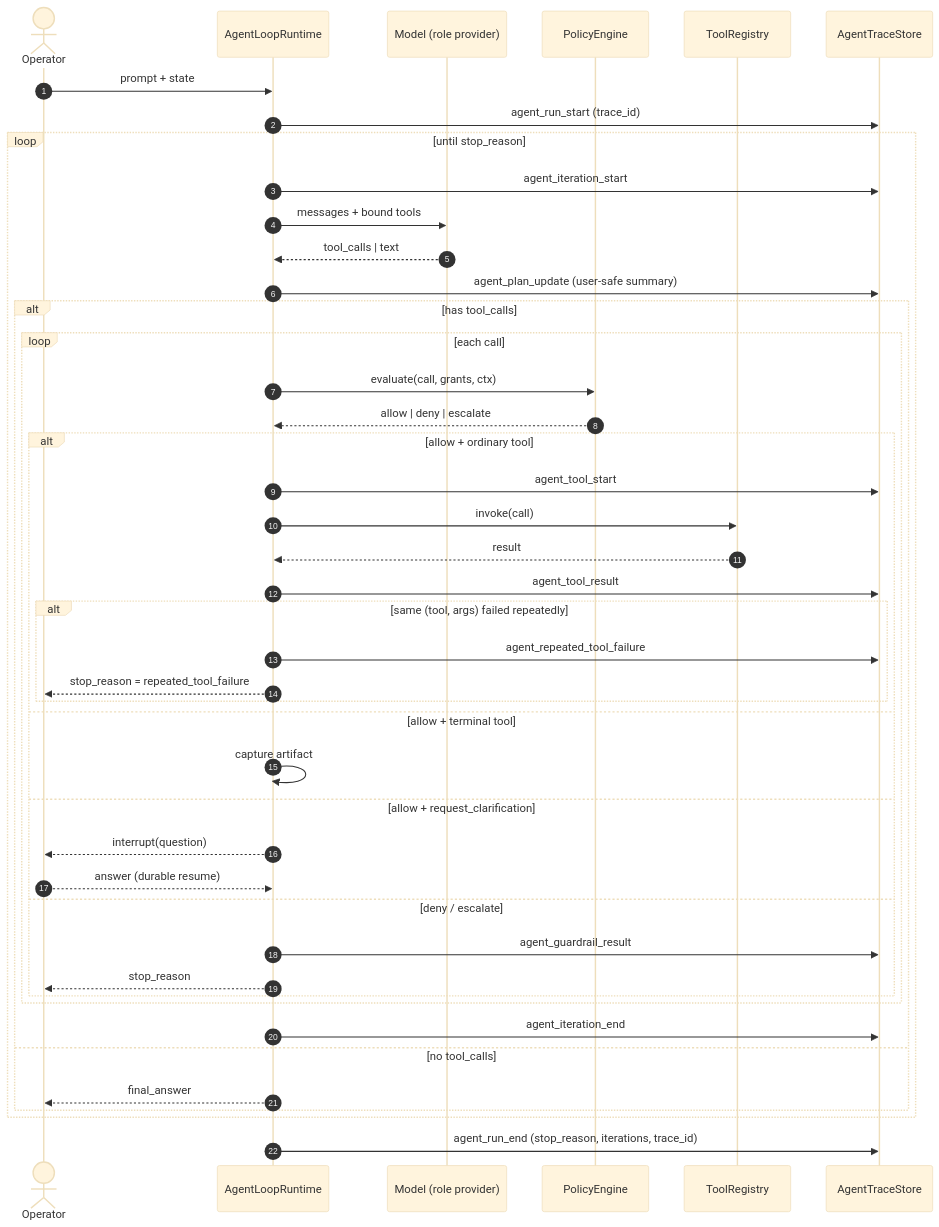
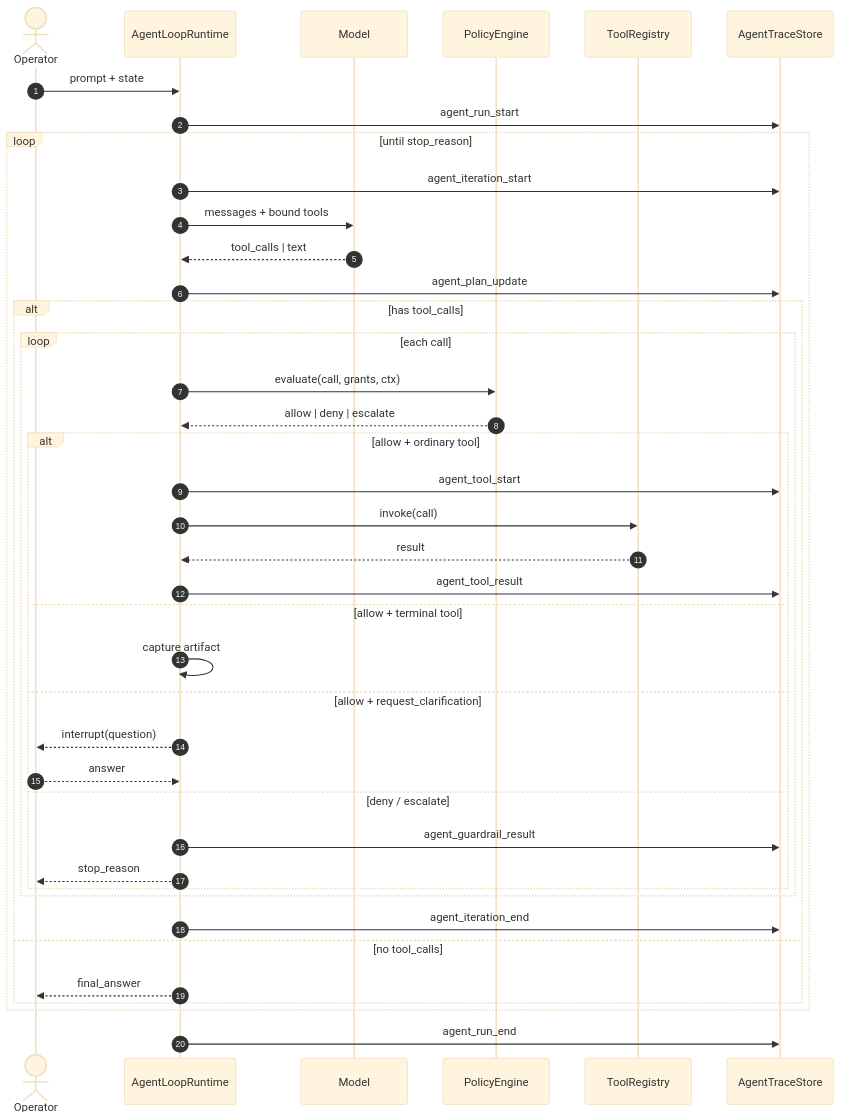
Before and after one commit to vardan6/uxv-agent: the fourth of 8 diagrams in docs/components/ai-agent/internals/graph-spec.md, drawn with Mermaid (base theme). The commit also changed other lines of this file and 34 other files, not shown here.

````diff
--- a/docs/components/ai-agent/internals/graph-spec.md
+++ b/docs/components/ai-agent/internals/graph-spec.md
@@ -356,50 +178,46 @@
 ```mermaid
 sequenceDiagram
     autonumber
     actor OP as Operator
     participant L as AgentLoopRuntime
-    participant M as Model (role provider)
+    participant M as Model
     participant P as PolicyEngine
     participant R as ToolRegistry
     participant X as AgentTraceStore
 
     OP->>L: prompt + state
-    L->>X: agent_run_start (trace_id)
+    L->>X: agent_run_start
 
     loop until stop_reason
       L->>X: agent_iteration_start
       L->>M: messages + bound tools
       M-->>L: tool_calls | text
-      L->>X: agent_plan_update (user-safe summary)
+      L->>X: agent_plan_update
 
       alt has tool_calls
         loop each call
           L->>P: evaluate(call, grants, ctx)
           P-->>L: allow | deny | escalate
           alt allow + ordinary tool
             L->>X: agent_tool_start
             L->>R: invoke(call)
             R-->>L: result
             L->>X: agent_tool_result
-            alt same (tool, args) failed repeatedly
-              L->>X: agent_repeated_tool_failure
-              L-->>OP: stop_reason = repeated_tool_failure
-            end
           else allow + terminal tool
             L->>L: capture artifact
           else allow + request_clarification
             L-->>OP: interrupt(question)
-            OP-->>L: answer (durable resume)
+            OP-->>L: answer
           else deny / escalate
             L->>X: agent_guardrail_result
             L-->>OP: stop_reason
           end
         end
         L->>X: agent_iteration_end
       else no tool_calls
         L-->>OP: final_answer
       end
     end
 
-    L->>X: agent_run_end (stop_reason, iterations, trace_id)
+    L->>X: agent_run_end
 ```
````
